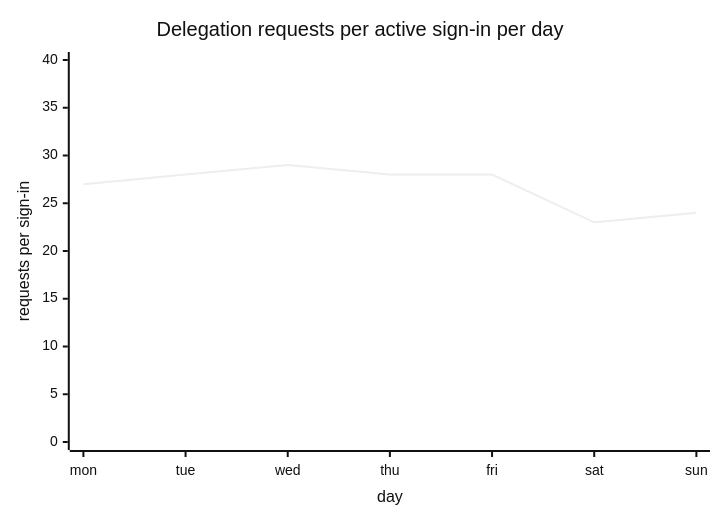
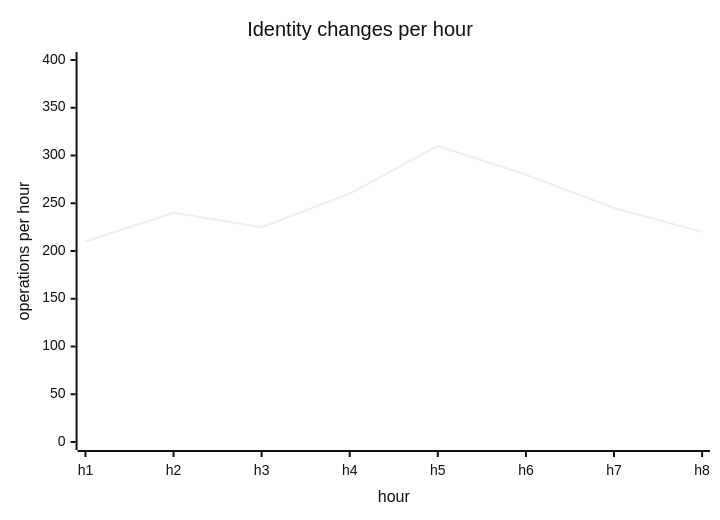
Before and after one commit to dfinity/internet-identity: the eighth of 8 diagrams in docs/ongoing/metrics-dashboards/usage.md, drawn with Mermaid (neutral theme). The commit also changed other lines of this file and 7 other files, not shown here.

````diff
--- a/docs/ongoing/metrics-dashboards/usage.md
+++ b/docs/ongoing/metrics-dashboards/usage.md
@@ -111,7 +117,7 @@
 ```mermaid
 xychart-beta
-  title "Delegation requests per active sign-in per day"
-  x-axis "day" [mon, tue, wed, thu, fri, sat, sun]
-  y-axis "requests per sign-in" 0 --> 40
-  line [27, 28, 29, 28, 28, 23, 24]
+  title "Identity changes per hour"
+  x-axis "hour" [h1, h2, h3, h4, h5, h6, h7, h8]
+  y-axis "operations per hour" 0 --> 400
+  line [210, 240, 225, 260, 310, 280, 245, 220]
 ```
````
